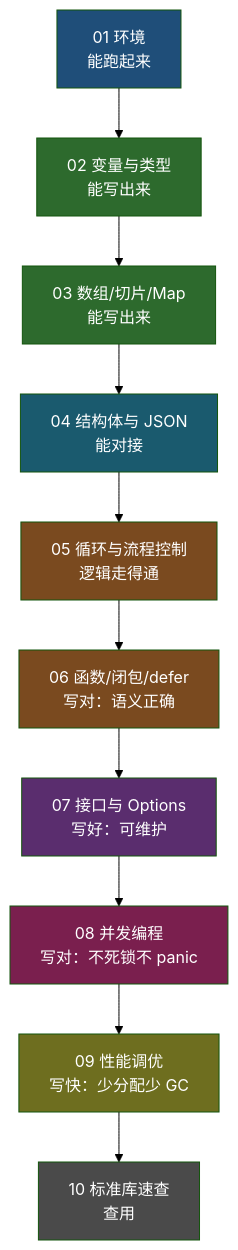
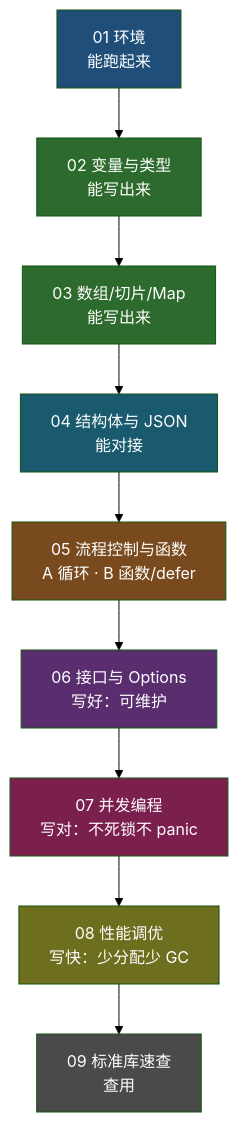
Before and after one commit to fairyspace/Go: the diagram in 00-基础语法/教学文稿/00-索引与学习路线.md, drawn with Mermaid (forest theme). The commit also changed other lines of this file and 24 other files, not shown here.

````diff
--- a/00-基础语法/教学文稿/00-索引与学习路线.md
+++ b/00-基础语法/教学文稿/00-索引与学习路线.md
@@ -23,23 +22,20 @@
 ```mermaid
 graph TD
     A["01 环境<br/>能跑起来"] --> B["02 变量与类型<br/>能写出来"]
     B --> C["03 数组/切片/Map<br/>能写出来"]
     C --> D["04 结构体与 JSON<br/>能对接"]
-    D --> E["05 循环与流程控制<br/>逻辑走得通"]
-    E --> F["06 函数/闭包/defer<br/>写对：语义正确"]
-    F --> G["07 接口与 Options<br/>写好：可维护"]
-    G --> H["08 并发编程<br/>写对：不死锁不 panic"]
-    H --> I["09 性能调优<br/>写快：少分配少 GC"]
-    I --> J["10 标准库速查<br/>查用"]
-
-    style A fill:#1f4e79,color:#ffffff
-    style B fill:#2d6a2d,color:#ffffff
-    style C fill:#2d6a2d,color:#ffffff
-    style D fill:#1a5a6e,color:#ffffff
-    style E fill:#7a4a1f,color:#ffffff
-    style F fill:#7a4a1f,color:#ffffff
-    style G fill:#5a2d6e,color:#ffffff
-    style H fill:#7a1f4e,color:#ffffff
-    style I fill:#6e6e1f,color:#ffffff
-    style J fill:#4a4a4a,color:#ffffff
+    D --> E["05 流程控制与函数<br/>A 循环 · B 函数/defer"]
+    E --> F["06 接口与 Options<br/>写好：可维护"]
+    F --> G["07 并发编程<br/>写对：不死锁不 panic"]
+    G --> H["08 性能调优<br/>写快：少分配少 GC"]
+    H --> I["09 标准库速查<br/>查用"]
+    style A fill: #1f4e79, color: #ffffff
+    style B fill: #2d6a2d, color: #ffffff
+    style C fill: #2d6a2d, color: #ffffff
+    style D fill: #1a5a6e, color: #ffffff
+    style E fill: #7a4a1f, color: #ffffff
+    style F fill: #5a2d6e, color: #ffffff
+    style G fill: #7a1f4e, color: #ffffff
+    style H fill: #6e6e1f, color: #ffffff
+    style I fill: #4a4a4a, color: #ffffff
 ```
````
